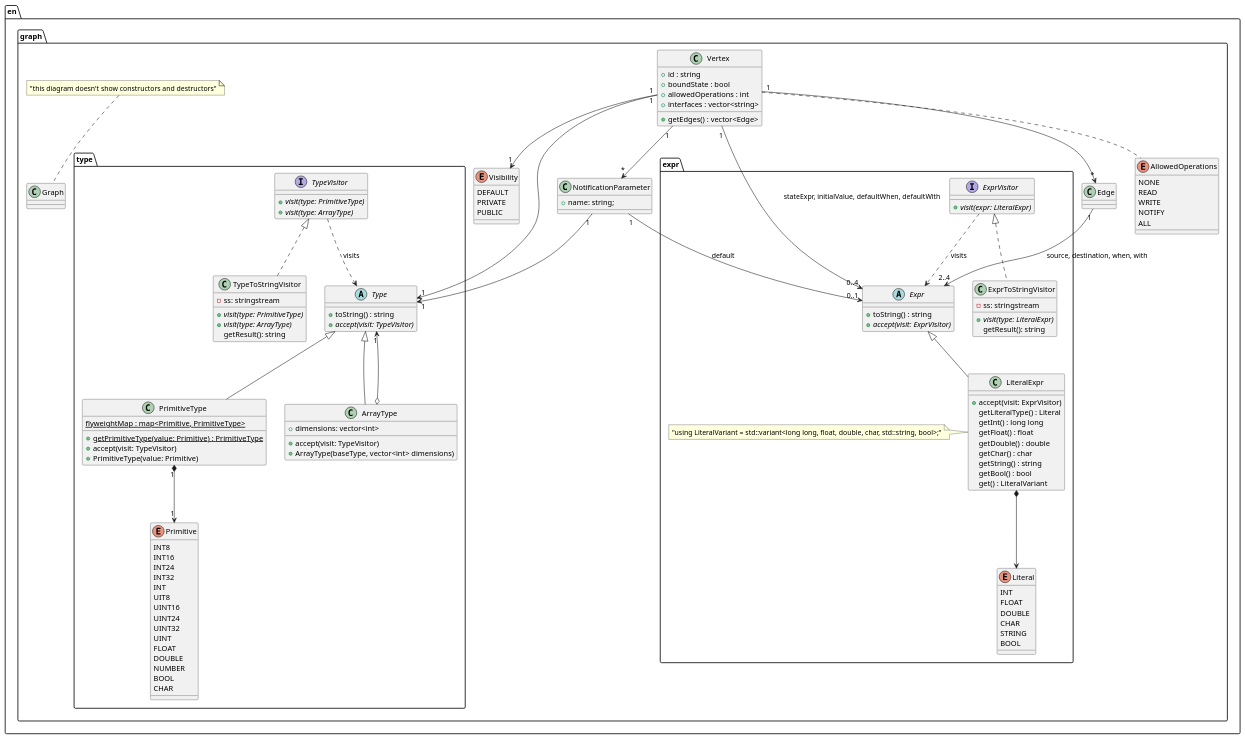
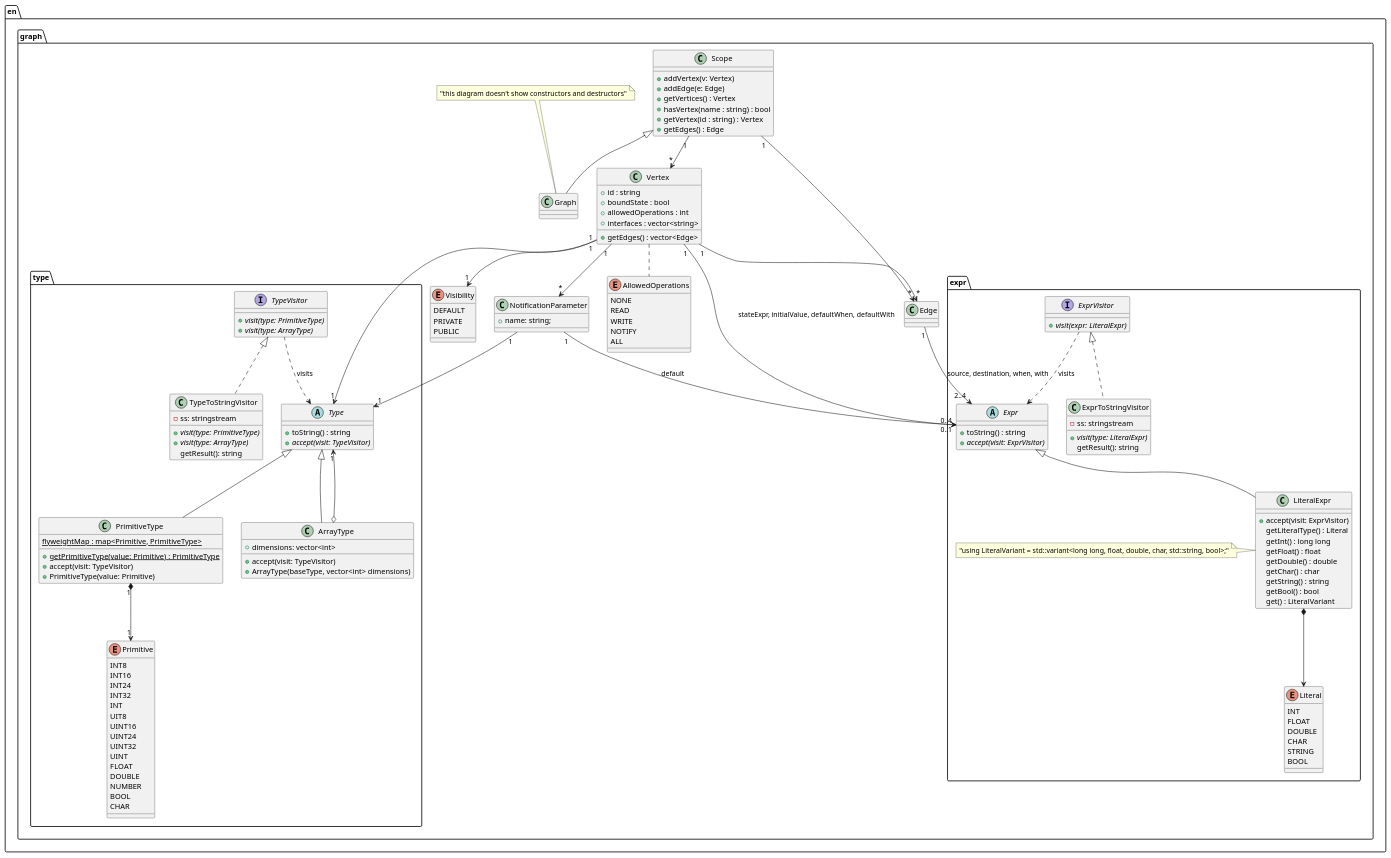
The diagram in specification and models/ENGraphClassDiagram.puml (LucasEBSkora/Gnocchi), drawn with PlantUML before and after one commit. The commit also changed 11 other files, not shown here.

```diff
--- a/specification and models/ENGraphClassDiagram.puml
+++ b/specification and models/ENGraphClassDiagram.puml
@@ -1,157 +1,169 @@
 @startuml "class"
 
 package en {
 
   package graph {
 
     package type {
       abstract class Type {
         + toString() : string
         {abstract} + accept(visit: TypeVisitor)
       }
 
       class PrimitiveType extends Type {
         {static} flyweightMap : map<Primitive, PrimitiveType>
         {static} + getPrimitiveType(value: Primitive) : PrimitiveType
         + accept(visit: TypeVisitor)
         + PrimitiveType(value: Primitive)
       }
 
       PrimitiveType "1" *--> "1" Primitive
 
       enum Primitive {
         INT8
         INT16
         INT24
         INT32
         INT
         UIT8
         UINT16
         UINT24
         UINT32
         UINT
         FLOAT
         DOUBLE
         NUMBER
         BOOL
         CHAR
       }
 
       class ArrayType extends Type {
         + dimensions: vector<int>
         + accept(visit: TypeVisitor)
         + ArrayType(baseType, vector<int> dimensions)
       }
 
       ArrayType o--> "1" Type
 
       interface TypeVisitor {
         {abstract} + visit(type: PrimitiveType)
         {abstract} + visit(type: ArrayType)
       }
 
       TypeVisitor ..> Type : visits
 
       class TypeToStringVisitor implements TypeVisitor {
         - ss: stringstream
         {abstract} + visit(type: PrimitiveType)
         {abstract} + visit(type: ArrayType)
         getResult(): string
       }
 
     }
 
     package expr {
       abstract class Expr {
         +toString() : string
         {abstract} + accept(visit: ExprVisitor)
       }
 
       enum Literal {
         INT
         FLOAT
         DOUBLE
         CHAR
         STRING
         BOOL
       }
 
 
       class LiteralExpr extends Expr {
         + accept(visit: ExprVisitor)
         getLiteralType() : Literal
         getInt() : long long
         getFloat() : float
         getDouble() : double
         getChar() : char
         getString() : string
         getBool() : bool
         get() : LiteralVariant
       }
 
       LiteralExpr *--> Literal
 
       note left of LiteralExpr : "using LiteralVariant = std::variant<long long, float, double, char, std::string, bool>;"
 
       interface ExprVisitor {
         {abstract} + visit(expr: LiteralExpr)
       }
 
       ExprVisitor ..> Expr : visits
 
       class ExprToStringVisitor implements ExprVisitor {
         - ss: stringstream
         {abstract} + visit(type: LiteralExpr)
         getResult(): string
       }
 
     }
 
     enum Visibility
     {
       DEFAULT
       PRIVATE
       PUBLIC
     }
 
-    class Graph
+    class Graph extends Scope
+
+    class Scope {
+      + addVertex(v: Vertex)
+      + addEdge(e: Edge)
+      + getVertices() : Vertex
+      + hasVertex(name : string) : bool
+      + getVertex(id : string) : Vertex
+      + getEdges() : Edge
+    }
+
+    Scope "1" -->  "*" Vertex
+    Scope "1" -->  "*" Edge
 
     enum AllowedOperations
     {
       NONE
       READ
       WRITE
       NOTIFY
       ALL
     }
 
     class Vertex {
       + id : string
       + boundState : bool
       + allowedOperations : int
       + interfaces : vector<string>
       + getEdges() : vector<Edge>
     }
 
     Vertex "1" --> "1" Visibility
     Vertex "1" --> "1" type.Type
     Vertex "1" --> "*" NotificationParameter
     Vertex "1" --> "0..4" expr.Expr : stateExpr, initialValue, defaultWhen, defaultWith
     Vertex "1" --> "*" Edge
     Vertex .. AllowedOperations
 
     class Edge
     Edge "1" --> "2..4" expr.Expr: source, destination, when, with
 
     class NotificationParameter
     {
       + name: string;
     }
 
     NotificationParameter "1" --> "1" Type
     NotificationParameter "1" --> "0..1" Expr : default
 
     note top of Graph : "this diagram doesn't show constructors and destructors"
   }
 }
 @enduml
```
